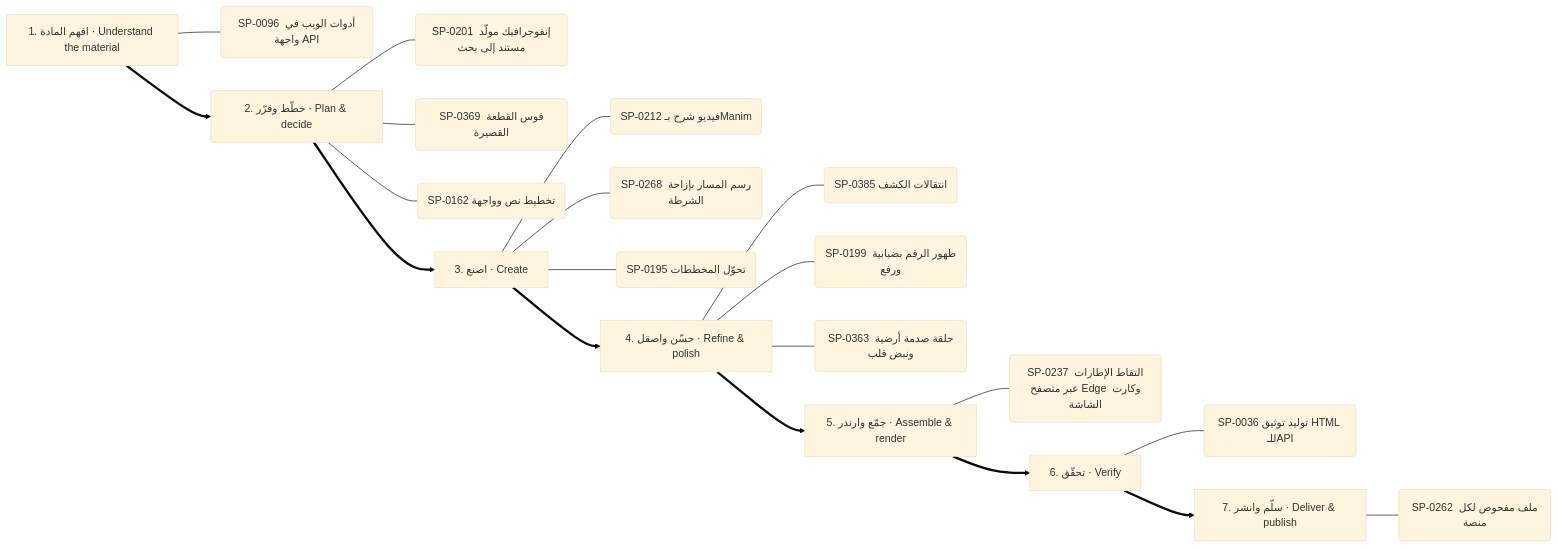
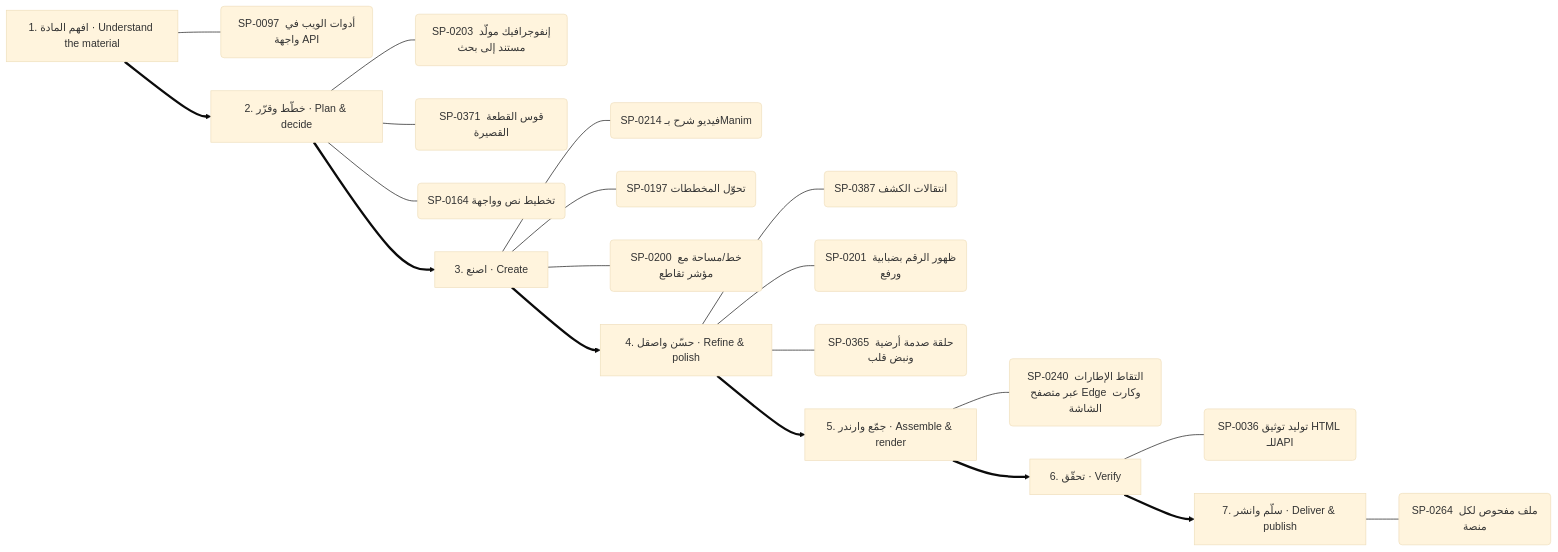
The fifth of 13 diagrams in .claude/skills/kosif-superpowers/references/capability-mindmap.md (kosif199022-jpg/kosif-tool), drawn with Mermaid (base theme) before and after one commit. The commit also changed other lines of this file and 67 other files, not shown here.

````diff
--- a/.claude/skills/kosif-superpowers/references/capability-mindmap.md
+++ b/.claude/skills/kosif-superpowers/references/capability-mindmap.md
@@ -273,29 +274,29 @@
 ```mermaid
 flowchart LR
   S0["1. افهم المادة · Understand the material"]
-  S0 --- S0_0("SP-0096 أدوات الويب في واجهة API")
+  S0 --- S0_0("SP-0097 أدوات الويب في واجهة API")
   S1["2. خطّط وقرّر · Plan & decide"]
-  S1 --- S1_0("SP-0201 إنفوجرافيك مولَّد مستند إلى بحث")
-  S1 --- S1_1("SP-0369 قوس القطعة القصيرة")
-  S1 --- S1_2("SP-0162 تخطيط نص وواجهة")
+  S1 --- S1_0("SP-0203 إنفوجرافيك مولَّد مستند إلى بحث")
+  S1 --- S1_1("SP-0371 قوس القطعة القصيرة")
+  S1 --- S1_2("SP-0164 تخطيط نص وواجهة")
   S0 ==> S1
   S2["3. اصنع · Create"]
-  S2 --- S2_0("SP-0212 فيديو شرح بـManim")
-  S2 --- S2_1("SP-0268 رسم المسار بإزاحة الشرطة")
-  S2 --- S2_2("SP-0195 تحوّل المخططات")
+  S2 --- S2_0("SP-0214 فيديو شرح بـManim")
+  S2 --- S2_1("SP-0197 تحوّل المخططات")
+  S2 --- S2_2("SP-0200 خط/مساحة مع مؤشر تقاطع")
   S1 ==> S2
   S3["4. حسّن واصقل · Refine & polish"]
-  S3 --- S3_0("SP-0385 انتقالات الكشف")
-  S3 --- S3_1("SP-0199 ظهور الرقم بضبابية ورفع")
-  S3 --- S3_2("SP-0363 حلقة صدمة أرضية ونبض قلب")
+  S3 --- S3_0("SP-0387 انتقالات الكشف")
+  S3 --- S3_1("SP-0201 ظهور الرقم بضبابية ورفع")
+  S3 --- S3_2("SP-0365 حلقة صدمة أرضية ونبض قلب")
   S2 ==> S3
   S4["5. جمّع وارندر · Assemble & render"]
-  S4 --- S4_0("SP-0237 التقاط الإطارات عبر متصفح Edge وكارت الشاشة")
+  S4 --- S4_0("SP-0240 التقاط الإطارات عبر متصفح Edge وكارت الشاشة")
   S3 ==> S4
   S5["6. تحقّق · Verify"]
   S5 --- S5_0("SP-0036 توليد توثيق HTML للـAPI")
   S4 ==> S5
   S6["7. سلّم وانشر · Deliver & publish"]
-  S6 --- S6_0("SP-0262 ملف مفحوص لكل منصة")
+  S6 --- S6_0("SP-0264 ملف مفحوص لكل منصة")
   S5 ==> S6
 ```
````
